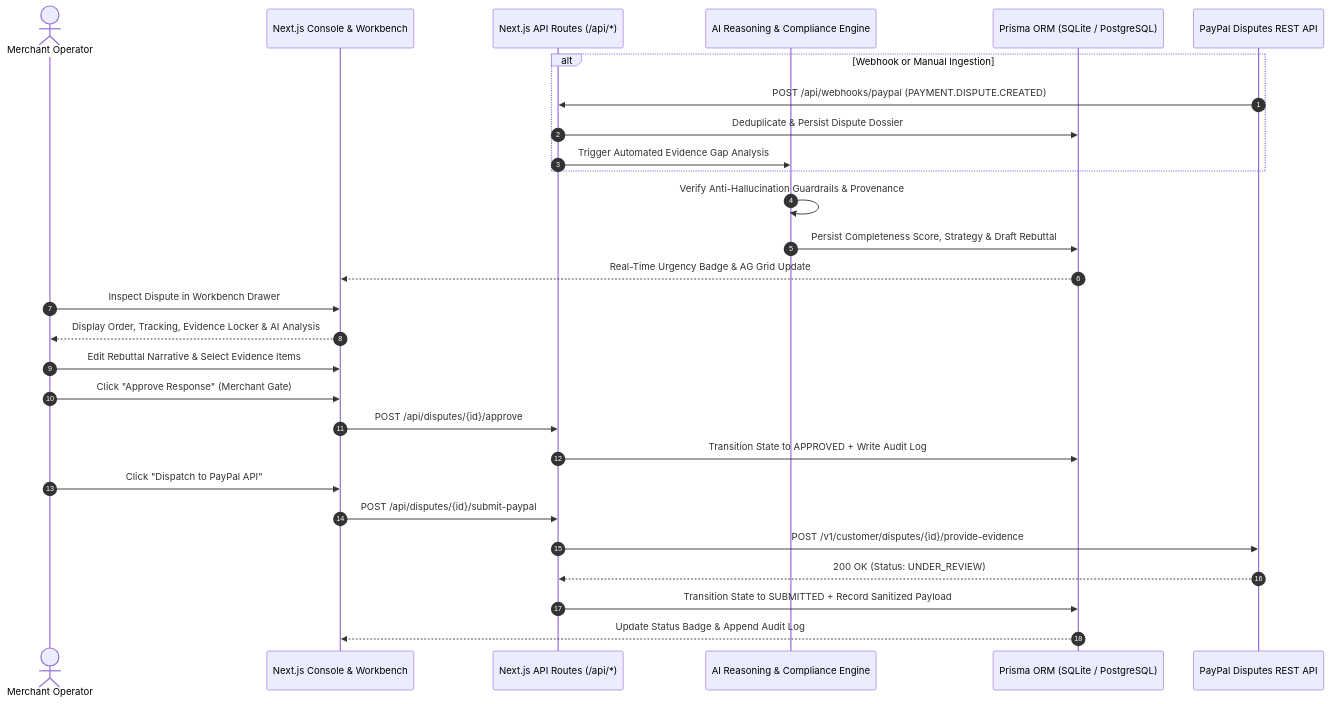
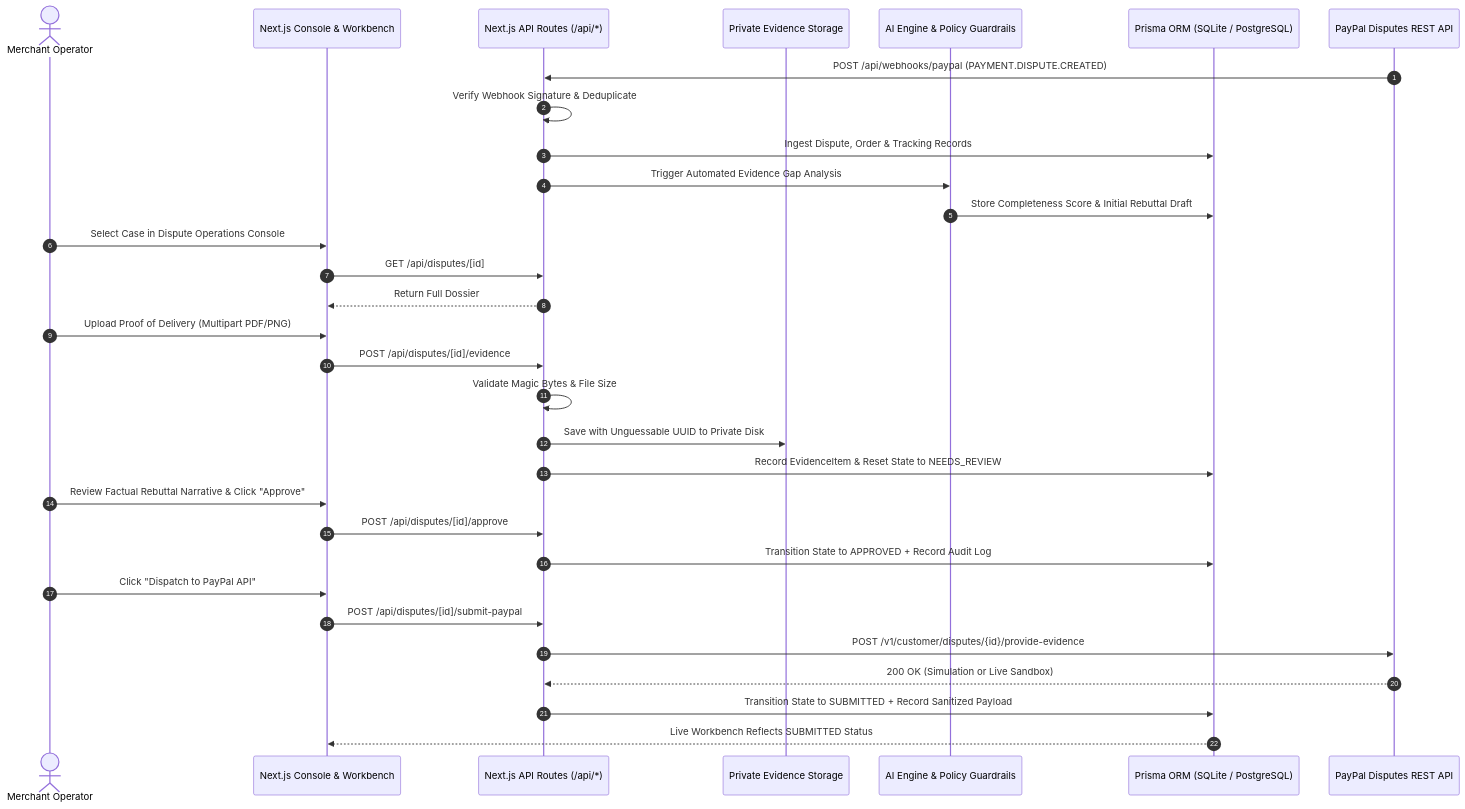
The diagram in README.md (Tundeakinbami-dev/AutoSettle-AI), drawn with Mermaid before and after one commit. The commit also changed other lines of this file and 31 other files, not shown here.

````diff
--- a/README.md
+++ b/README.md
@@ -97,34 +48,38 @@
 ```mermaid
 sequenceDiagram
     autonumber
     actor Merchant as Merchant Operator
     participant UI as Next.js Console & Workbench
     participant API as Next.js API Routes (/api/*)
-    participant AI as AI Reasoning & Compliance Engine
+    participant Storage as Private Evidence Storage
+    participant AI as AI Engine & Policy Guardrails
     participant DB as Prisma ORM (SQLite / PostgreSQL)
     participant PP as PayPal Disputes REST API
 
-    alt Webhook or Manual Ingestion
-        PP->>API: POST /api/webhooks/paypal (PAYMENT.DISPUTE.CREATED)
-        API->>DB: Deduplicate & Persist Dispute Dossier
-        API->>AI: Trigger Automated Evidence Gap Analysis
-    end
+    PP->>API: POST /api/webhooks/paypal (PAYMENT.DISPUTE.CREATED)
+    API->>API: Verify Webhook Signature & Deduplicate
+    API->>DB: Ingest Dispute, Order & Tracking Records
+    API->>AI: Trigger Automated Evidence Gap Analysis
+    AI->>DB: Store Completeness Score & Initial Rebuttal Draft
 
-    AI->>AI: Verify Anti-Hallucination Guardrails & Provenance
-    AI->>DB: Persist Completeness Score, Strategy & Draft Rebuttal
-    DB-->>UI: Real-Time Urgency Badge & AG Grid Update
+    Merchant->>UI: Select Case in Dispute Operations Console
+    UI->>API: GET /api/disputes/[id]
+    API-->>UI: Return Full Dossier
 
-    Merchant->>UI: Inspect Dispute in Workbench Drawer
-    UI-->>Merchant: Display Order, Tracking, Evidence Locker & AI Analysis
-    Merchant->>UI: Edit Rebuttal Narrative & Select Evidence Items
-    Merchant->>UI: Click "Approve Response" (Merchant Gate)
-    UI->>API: POST /api/disputes/{id}/approve
-    API->>DB: Transition State to APPROVED + Write Audit Log
+    Merchant->>UI: Upload Proof of Delivery (Multipart PDF/PNG)
+    UI->>API: POST /api/disputes/[id]/evidence
+    API->>API: Validate Magic Bytes & File Size
+    API->>Storage: Save with Unguessable UUID to Private Disk
+    API->>DB: Record EvidenceItem & Reset State to NEEDS_REVIEW
+
+    Merchant->>UI: Review Factual Rebuttal Narrative & Click "Approve"
+    UI->>API: POST /api/disputes/[id]/approve
+    API->>DB: Transition State to APPROVED + Record Audit Log
 
     Merchant->>UI: Click "Dispatch to PayPal API"
-    UI->>API: POST /api/disputes/{id}/submit-paypal
+    UI->>API: POST /api/disputes/[id]/submit-paypal
     API->>PP: POST /v1/customer/disputes/{id}/provide-evidence
-    PP-->>API: 200 OK (Status: UNDER_REVIEW)
+    PP-->>API: 200 OK (Simulation or Live Sandbox)
     API->>DB: Transition State to SUBMITTED + Record Sanitized Payload
-    DB-->>UI: Update Status Badge & Append Audit Log
+    DB-->>UI: Live Workbench Reflects SUBMITTED Status
 ```
````
